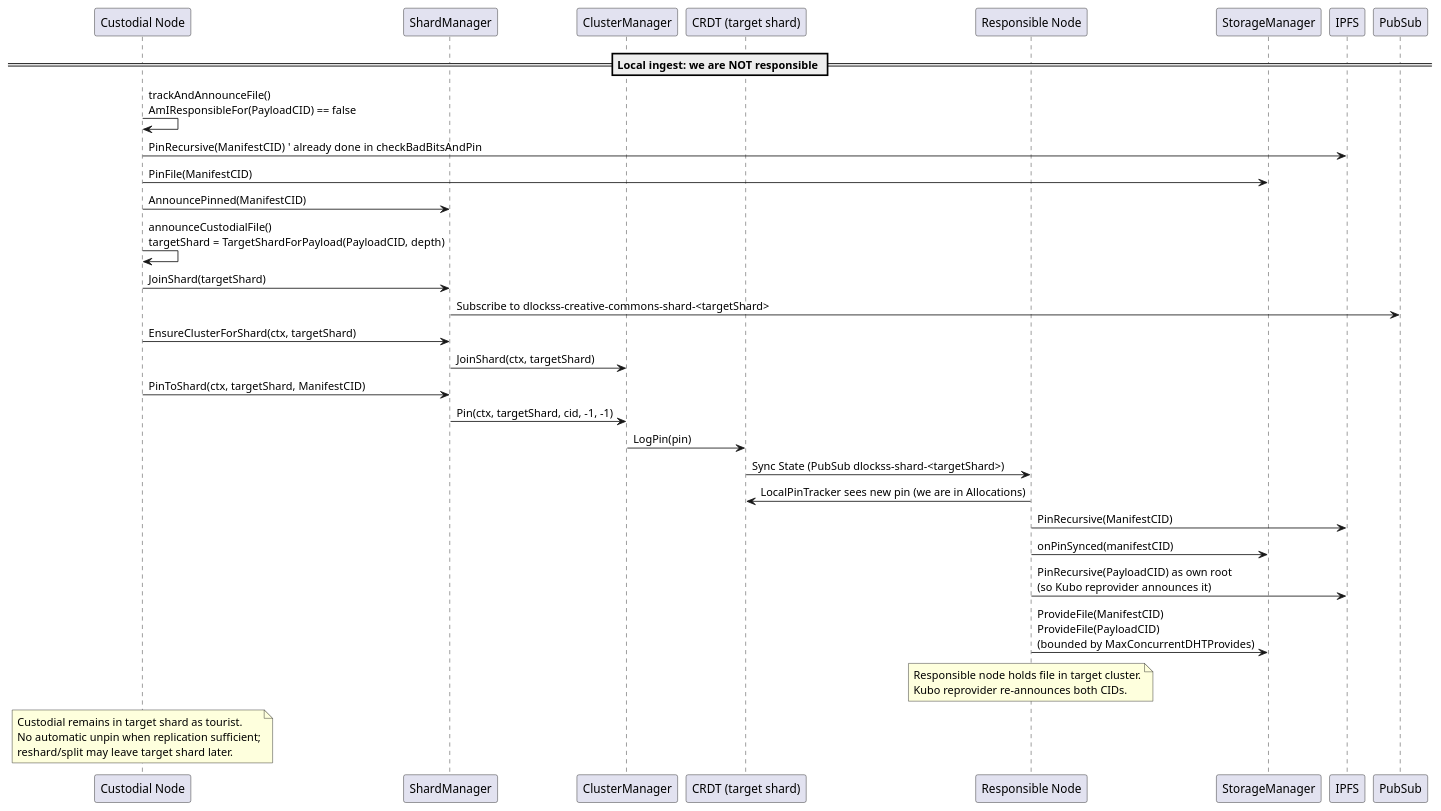
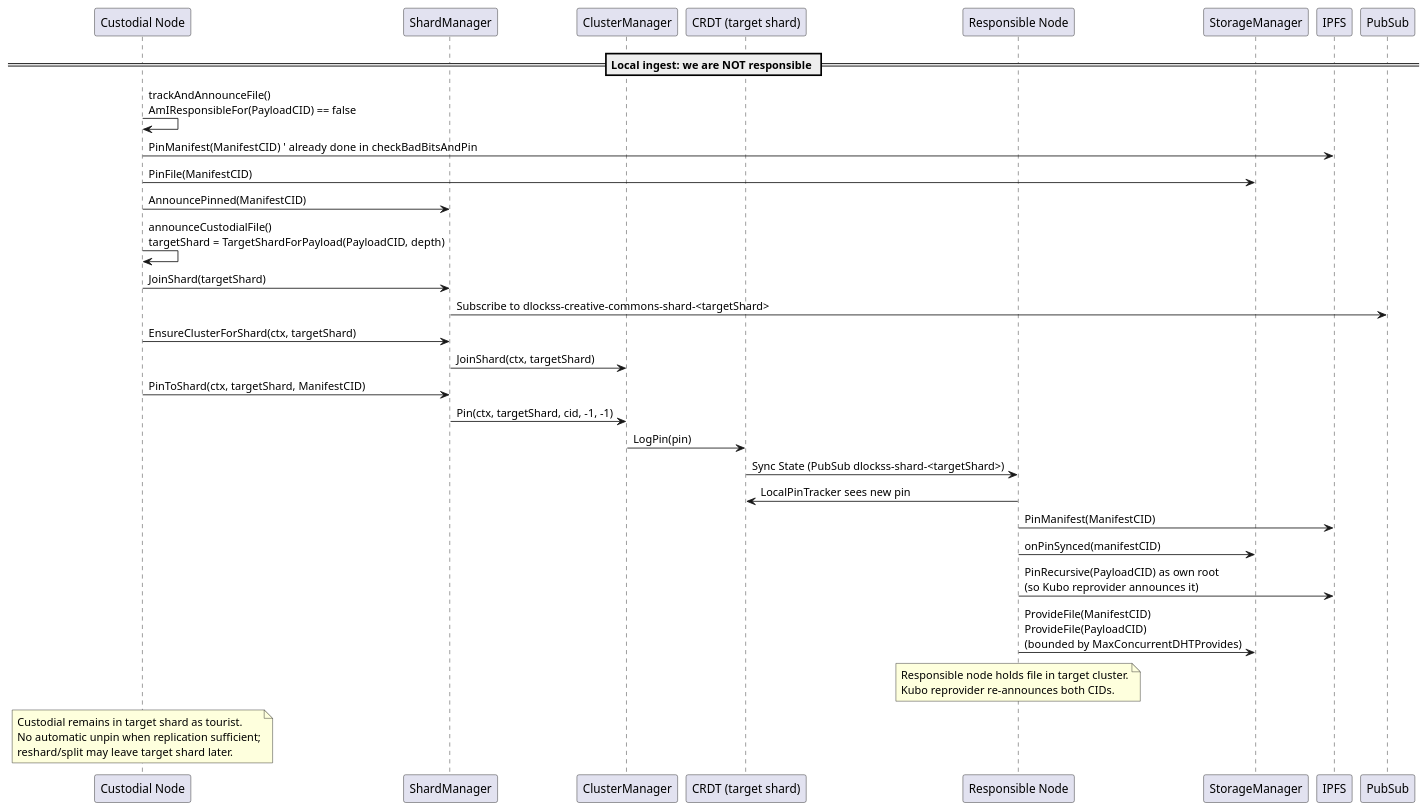
One commit to gipplab/D-LOCKSS changed the diagram in docs/custodial_handoff_sequence.puml. Above: the diagram before and after it, drawn with PlantUML. The commit also changed 89 other files, not shown here.

```diff
--- a/docs/custodial_handoff_sequence.puml
+++ b/docs/custodial_handoff_sequence.puml
@@ -1,38 +1,38 @@
 @startuml Custodial Handoff Sequence (Tourist Pattern)
 
 participant "Custodial Node" as Custodial
 participant "ShardManager" as ShardMgr
 participant "ClusterManager" as ClusterMgr
 participant "CRDT (target shard)" as CRDT
 participant "Responsible Node" as Responsible
 participant "StorageManager" as Storage
 participant "IPFS" as IPFS
 participant "PubSub" as PubSub
 
 == Local ingest: we are NOT responsible ==
 
 Custodial -> Custodial: trackAndAnnounceFile()\nAmIResponsibleFor(PayloadCID) == false
-Custodial -> IPFS: PinRecursive(ManifestCID)  ' already done in checkBadBitsAndPin
+Custodial -> IPFS: PinManifest(ManifestCID)  ' already done in checkBadBitsAndPin
 Custodial -> Storage: PinFile(ManifestCID)
 Custodial -> ShardMgr: AnnouncePinned(ManifestCID)
 
 Custodial -> Custodial: announceCustodialFile()\ntargetShard = TargetShardForPayload(PayloadCID, depth)
 Custodial -> ShardMgr: JoinShard(targetShard)
 ShardMgr -> PubSub: Subscribe to dlockss-creative-commons-shard-<targetShard>
 Custodial -> ShardMgr: EnsureClusterForShard(ctx, targetShard)
 ShardMgr -> ClusterMgr: JoinShard(ctx, targetShard)
 Custodial -> ShardMgr: PinToShard(ctx, targetShard, ManifestCID)
 ShardMgr -> ClusterMgr: Pin(ctx, targetShard, cid, -1, -1)
 ClusterMgr -> CRDT: LogPin(pin)
 CRDT -> Responsible: Sync State (PubSub dlockss-shard-<targetShard>)
 
-Responsible -> CRDT: LocalPinTracker sees new pin (we are in Allocations)
-Responsible -> IPFS: PinRecursive(ManifestCID)
+Responsible -> CRDT: LocalPinTracker sees new pin
+Responsible -> IPFS: PinManifest(ManifestCID)
 Responsible -> Storage: onPinSynced(manifestCID)
 Responsible -> IPFS: PinRecursive(PayloadCID) as own root\n(so Kubo reprovider announces it)
 Responsible -> Storage: ProvideFile(ManifestCID)\nProvideFile(PayloadCID)\n(bounded by MaxConcurrentDHTProvides)
 Note over Responsible: Responsible node holds file in target cluster.\nKubo reprovider re-announces both CIDs.
 
 Note over Custodial: Custodial remains in target shard as tourist.\nNo automatic unpin when replication sufficient;\nreshard/split may leave target shard later.
 
 @enduml
```
